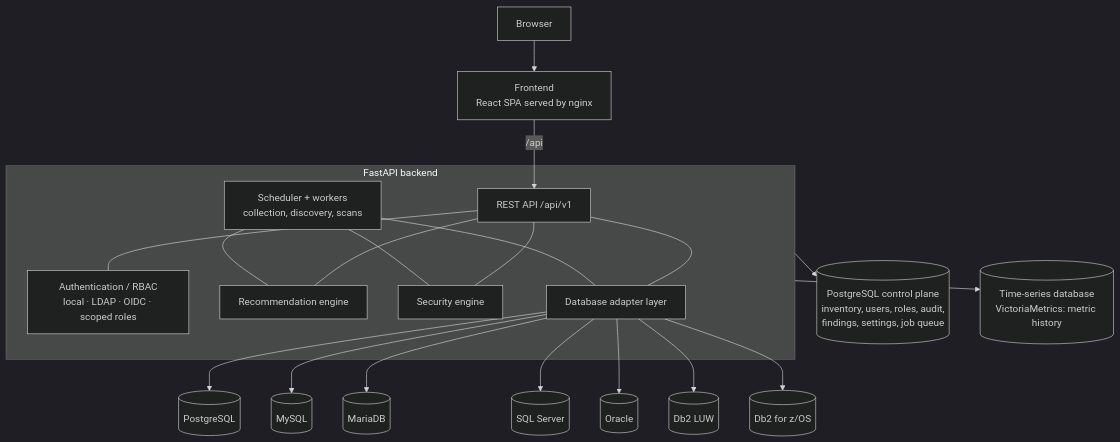
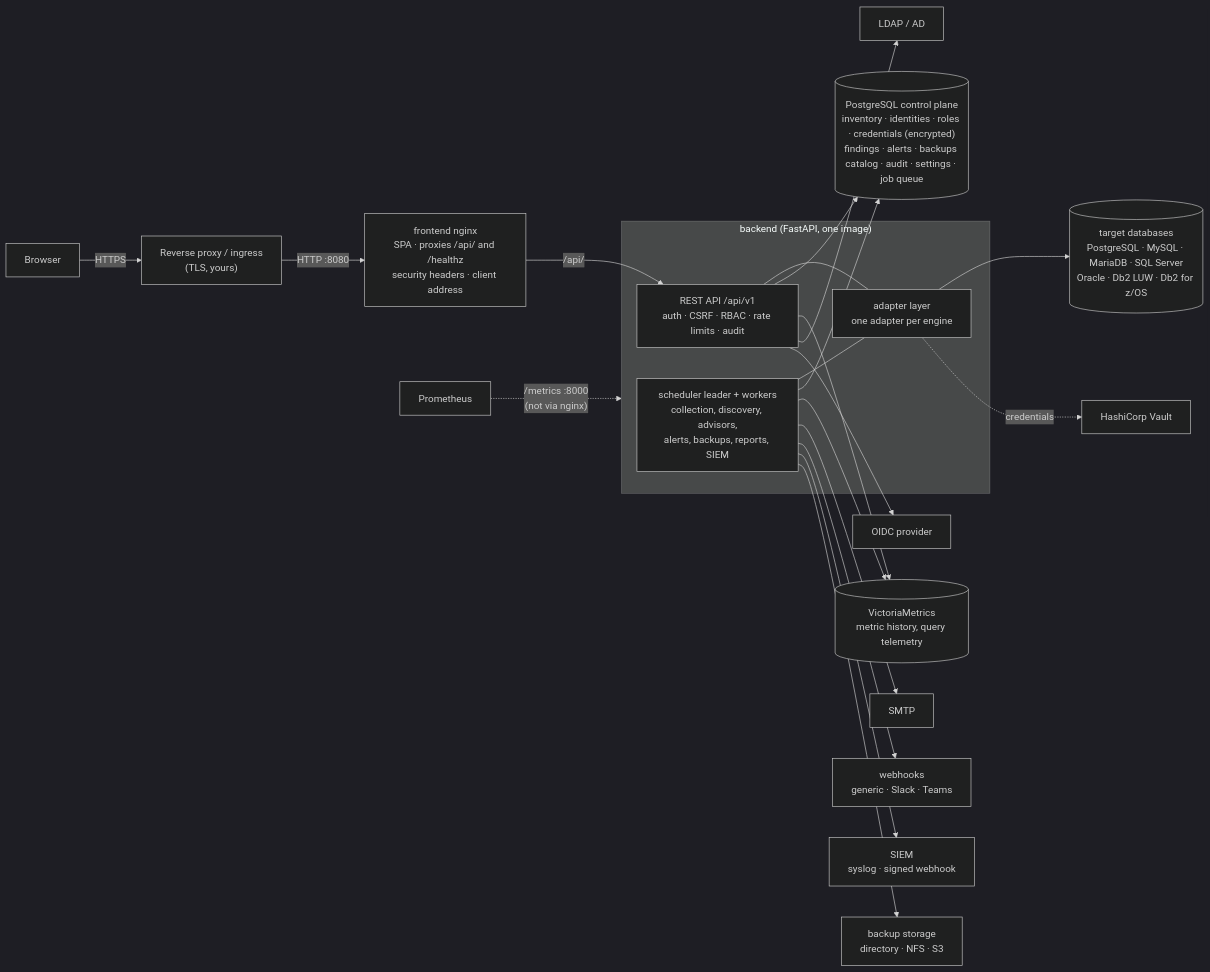
The first of 5 diagrams in docs/architecture/index.md (hbenabdalla/dbmanager), drawn with Mermaid (dark theme) before and after one commit. The commit also changed other lines of this file and 114 other files, not shown here.

````diff
--- a/docs/architecture/index.md
+++ b/docs/architecture/index.md
@@ -3,32 +5,31 @@
 ```mermaid
-flowchart TB
-  B[Browser] --> F["Frontend<br/>React SPA served by nginx"]
-  F -->|/api| API
+flowchart LR
+  B[Browser] -->|HTTPS| RP["Reverse proxy / ingress<br/>(TLS, yours)"]
+  RP -->|HTTP :8080| F["frontend nginx<br/>SPA · proxies /api/ and /healthz<br/>security headers · client address"]
+  F -->|/api/| API
 
-  subgraph BE["FastAPI backend"]
-    API[REST API /api/v1]
-    AUTH["Authentication / RBAC<br/>local · LDAP · OIDC · scoped roles"]
-    REC[Recommendation engine]
-    SEC[Security engine]
-    JOBS["Scheduler + workers<br/>collection, discovery, scans"]
-    AD[Database adapter layer]
-    API --- AUTH
-    API --- REC
-    API --- SEC
+  subgraph BE["backend (FastAPI, one image)"]
+    API["REST API /api/v1<br/>auth · CSRF · RBAC · rate limits · audit"]
+    JOBS["scheduler leader + workers<br/>collection, discovery, advisors,<br/>alerts, backups, reports, SIEM"]
+    AD["adapter layer<br/>one adapter per engine"]
     API --- AD
     JOBS --- AD
-    JOBS --- REC
-    JOBS --- SEC
   end
 
-  BE --> CP[("PostgreSQL control plane<br/>inventory, users, roles, audit,<br/>findings, settings, job queue")]
-  BE --> TS[("Time-series database<br/>VictoriaMetrics: metric history")]
+  API --> CP
+  JOBS --> CP
+  CP[("PostgreSQL control plane<br/>inventory · identities · roles · credentials (encrypted)<br/>findings · alerts · backups catalog · audit · settings · job queue")]
+  API --> TS
+  JOBS --> TS
+  TS[("VictoriaMetrics<br/>metric history, query telemetry")]
 
-  AD --> PG[(PostgreSQL)]
-  AD --> MY[(MySQL)]
-  AD --> MA[(MariaDB)]
-  AD --> MS[(SQL Server)]
-  AD --> OR[(Oracle)]
-  AD --> DL[(Db2 LUW)]
-  AD --> DZ[(Db2 for z/OS)]
+  AD --> DBS[("target databases<br/>PostgreSQL · MySQL · MariaDB · SQL Server<br/>Oracle · Db2 LUW · Db2 for z/OS")]
+  JOBS --> SMTP[SMTP]
+  JOBS --> WH[webhooks<br/>generic · Slack · Teams]
+  JOBS --> SIEM[SIEM<br/>syslog · signed webhook]
+  JOBS --> STO[backup storage<br/>directory · NFS · S3]
+  API --> LDAP[LDAP / AD]
+  API --> OIDC[OIDC provider]
+  AD -.credentials.-> VAULT[HashiCorp Vault]
+  PROM[Prometheus] -.->|"/metrics :8000<br/>(not via nginx)"| BE
 ```
````
